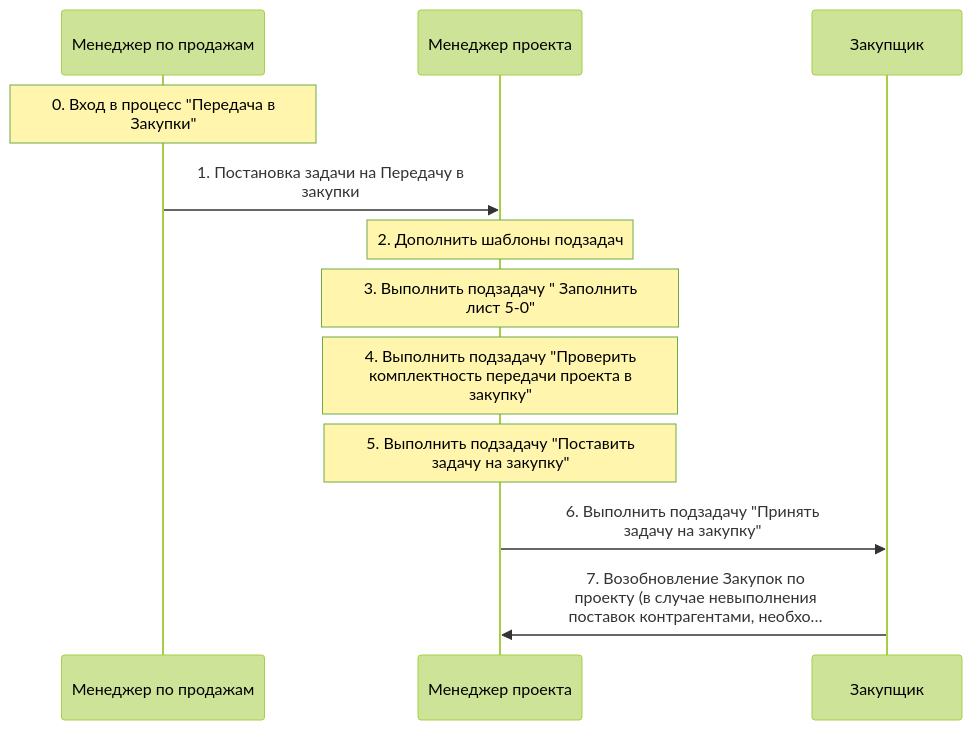
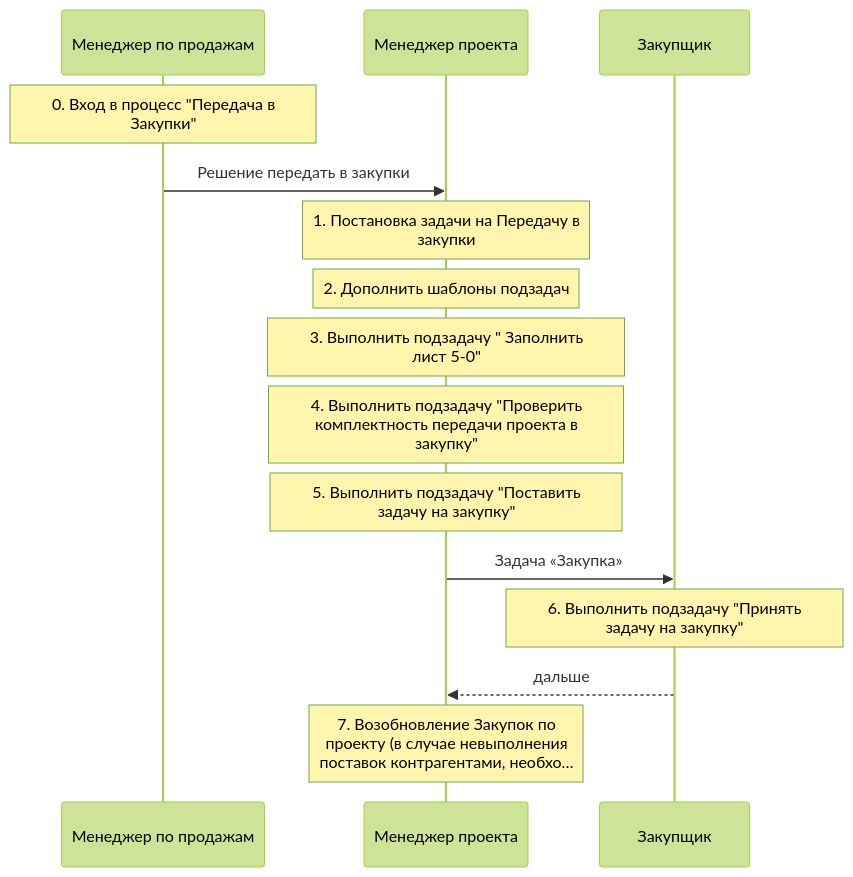
Before and after one commit to vlad78831457/orb-work: the first of 5 diagrams in inst/md-out/pro/r03-peredacha-v-zakupki/index.md, drawn with Mermaid (forest theme). The commit also changed other lines of this file and 86 other files, not shown here.

````diff
--- a/inst/md-out/pro/r03-peredacha-v-zakupki/index.md
+++ b/inst/md-out/pro/r03-peredacha-v-zakupki/index.md
@@ -14,14 +14,17 @@
 ```mermaid
 sequenceDiagram
   participant r_prodazhi as Менеджер по продажам
   participant r_proekt as Менеджер проекта
   participant r_zakupka as Закупщик
   Note over r_prodazhi: 0. Вход в процесс #quot;Передача в<br/>Закупки#quot;
-  r_prodazhi->>r_proekt: 1. Постановка задачи на Передачу в<br/>закупки
+  r_prodazhi->>r_proekt: Решение передать в закупки
+  Note over r_proekt: 1. Постановка задачи на Передачу в<br/>закупки
   Note over r_proekt: 2. Дополнить шаблоны подзадач
   Note over r_proekt: 3. Выполнить подзадачу #quot; Заполнить<br/>лист 5-0#quot;
   Note over r_proekt: 4. Выполнить подзадачу #quot;Проверить<br/>комплектность передачи проекта в<br/>закупку#quot;
   Note over r_proekt: 5. Выполнить подзадачу #quot;Поставить<br/>задачу на закупку#quot;
-  r_proekt->>r_zakupka: 6. Выполнить подзадачу #quot;Принять<br/>задачу на закупку#quot;
-  r_zakupka->>r_proekt: 7. Возобновление Закупок по<br/>проекту (в случае невыполнения<br/>поставок контрагентами, необхо…
+  r_proekt->>r_zakupka: Задача «Закупка»
+  Note over r_zakupka: 6. Выполнить подзадачу #quot;Принять<br/>задачу на закупку#quot;
+  r_zakupka-->>r_proekt: дальше
+  Note over r_proekt: 7. Возобновление Закупок по<br/>проекту (в случае невыполнения<br/>поставок контрагентами, необхо…
 ```
````
